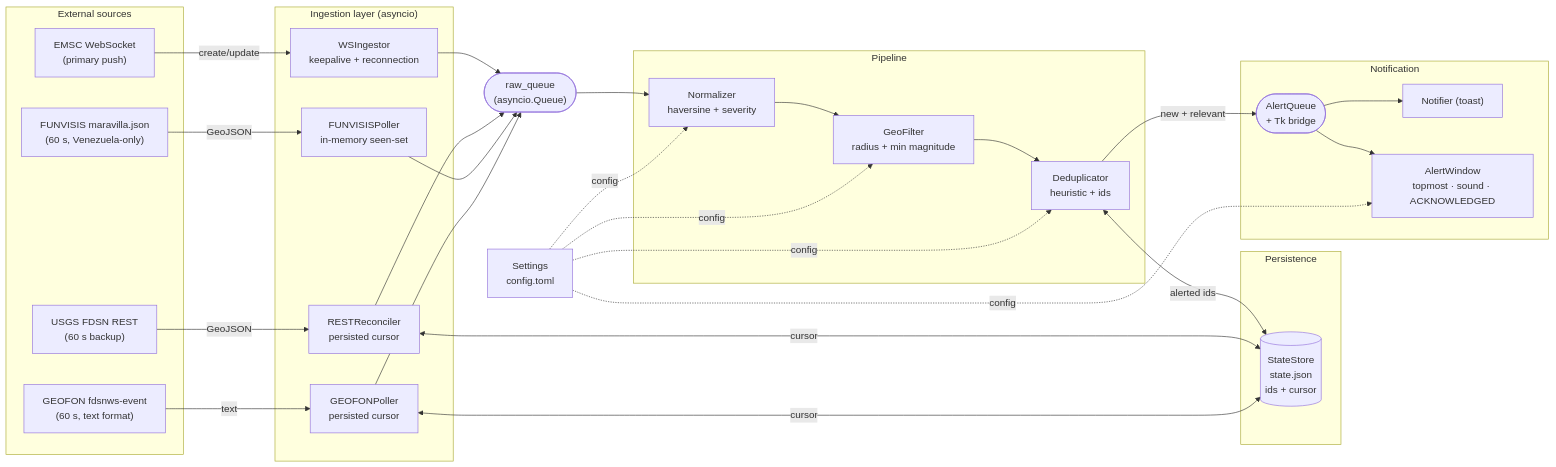
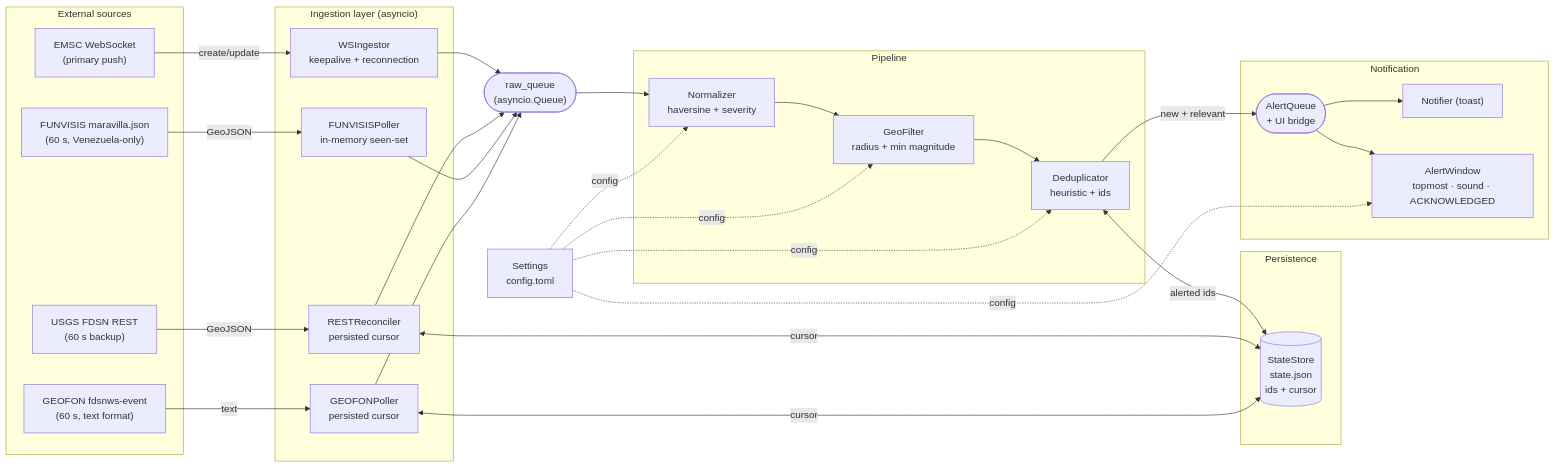
One commit to ecrespo/vigia-eew changed the first of 5 diagrams in ARCHITECTURE.md. Above: the diagram before and after it, drawn with Mermaid. The commit also changed other lines of this file and 60 other files, not shown here.

````diff
--- a/ARCHITECTURE.md
+++ b/ARCHITECTURE.md
@@ -47,56 +47,56 @@
 ```mermaid
 flowchart LR
     subgraph Fuentes["External sources"]
         EMSC["EMSC WebSocket<br/>(primary push)"]
         USGS["USGS FDSN REST<br/>(60 s backup)"]
         FUNVISIS["FUNVISIS maravilla.json<br/>(60 s, Venezuela-only)"]
         GEOFON["GEOFON fdsnws-event<br/>(60 s, text format)"]
     end
 
     subgraph Ingesta["Ingestion layer (asyncio)"]
         WS["WSIngestor<br/>keepalive + reconnection"]
         REST["RESTReconciler<br/>persisted cursor"]
         FUNV["FUNVISISPoller<br/>in-memory seen-set"]
         GEO["GEOFONPoller<br/>persisted cursor"]
     end
 
     Q(["raw_queue<br/>(asyncio.Queue)"])
 
     subgraph Pipeline["Pipeline"]
         NORM["Normalizer<br/>haversine + severity"]
         FILT["GeoFilter<br/>radius + min magnitude"]
         DEDUP["Deduplicator<br/>heuristic + ids"]
     end
 
     subgraph Estado["Persistence"]
         STATE[("StateStore<br/>state.json<br/>ids + cursor")]
     end
 
     subgraph Notif["Notification"]
-        AQ(["AlertQueue<br/>+ Tk bridge"])
+        AQ(["AlertQueue<br/>+ UI bridge"])
         TOAST["Notifier (toast)"]
         WIN["AlertWindow<br/>topmost · sound · ACKNOWLEDGED"]
     end
 
     CFG["Settings<br/>config.toml"]
 
     EMSC -->|create/update| WS
     USGS -->|GeoJSON| REST
     FUNVISIS -->|GeoJSON| FUNV
     GEOFON -->|text| GEO
     WS --> Q
     REST --> Q
     FUNV --> Q
     GEO --> Q
     Q --> NORM --> FILT --> DEDUP
     DEDUP -->|new + relevant| AQ
     AQ --> TOAST
     AQ --> WIN
     DEDUP <-->|alerted ids| STATE
     REST <-->|cursor| STATE
     GEO <-->|cursor| STATE
     CFG -.config.-> NORM
     CFG -.config.-> FILT
     CFG -.config.-> DEDUP
     CFG -.config.-> WIN
 ```
````
